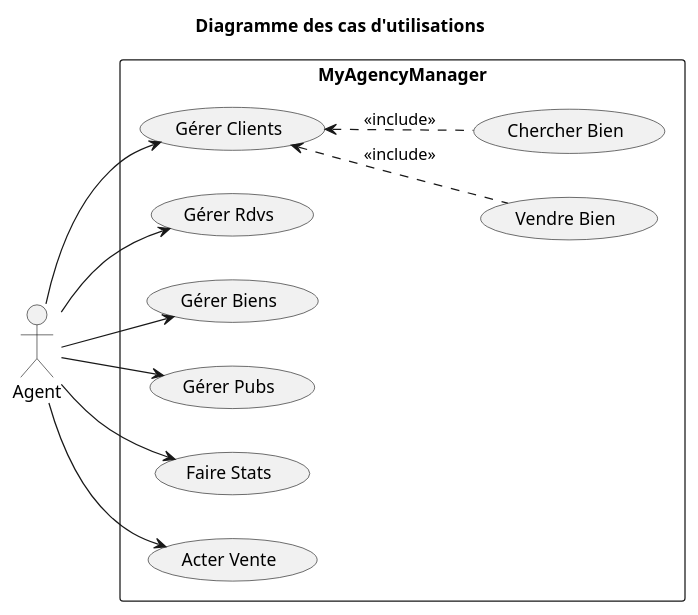
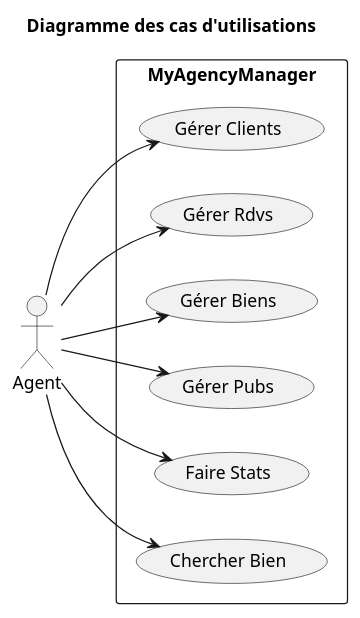
The diagram in DossierConception/UseCase_v4.pu (Arnaud-Sibade-Tlse/ProjetUML_Miashs), drawn with PlantUML before and after one commit.

Commit message:
USECASE : last modif inshalla

```diff
--- a/DossierConception/UseCase_v4.pu
+++ b/DossierConception/UseCase_v4.pu
@@ -1,32 +1,25 @@
 @startuml
 
 title Diagramme des cas d'utilisations
 
 :Agent: as A
 
 rectangle MyAgencyManager{
 
   (Gérer Clients) as GC
   (Gérer Rdvs) as GR
   (Gérer Biens) as GB
   (Gérer Pubs) as GP
   (Faire Stats) as S
-  
-  (Vendre Bien) as VB
-  (Acter Vente) as AB
-  
   (Chercher Bien) as CB
-
 }
 
 left to right direction
 A --> GC
-  GC <.. VB : <<include>>
-  GC <.. CB : <<include>>
-A --> AB
 A --> GB
 A --> GR
 A --> GP
 A --> S
+A --> CB
 
 @enduml
```
